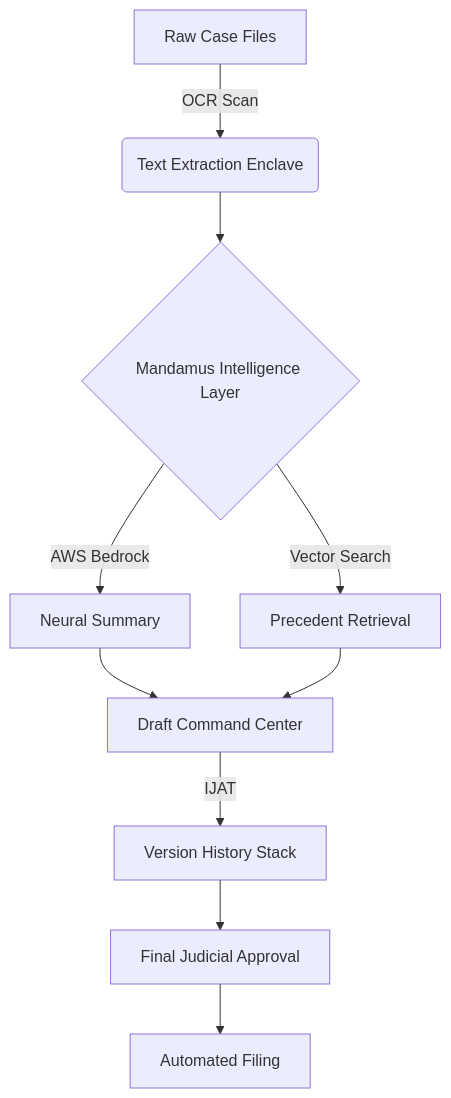
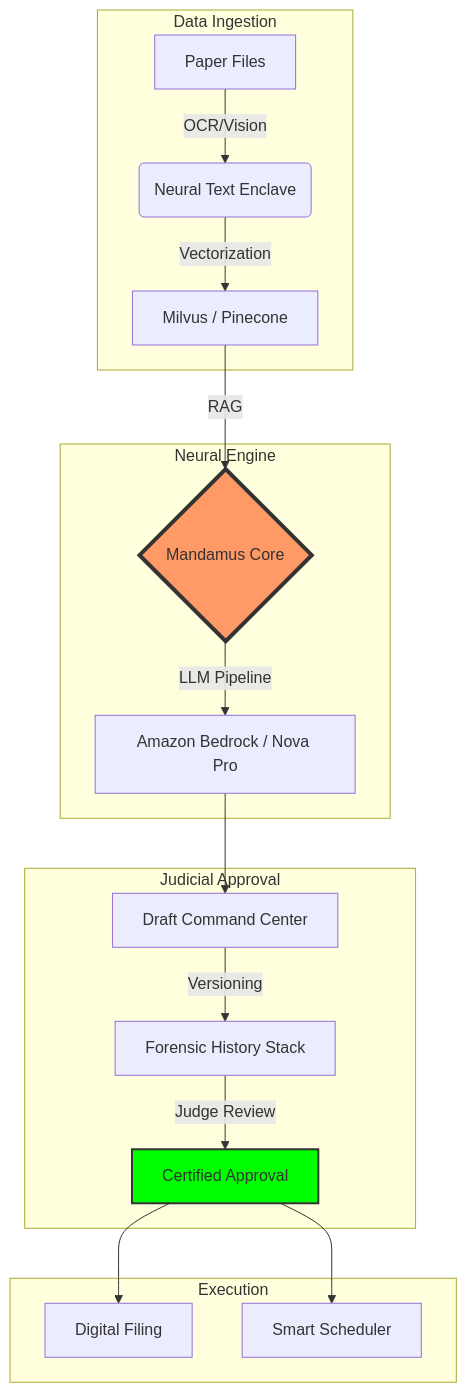
Before and after one commit to KISHORE0709-LEO/Mandamus: the diagram in README.md, drawn with Mermaid. The commit also changed other lines of this file, not shown here.

````diff
--- a/README.md
+++ b/README.md
@@ -57,11 +63,26 @@
 ```mermaid
 graph TD
-    A[Raw Case Files] -->|OCR Scan| B(Text Extraction Enclave)
-    B --> C{Mandamus Intelligence Layer}
-    C -->|AWS Bedrock| D[Neural Summary]
-    C -->|Vector Search| E[Precedent Retrieval]
-    D & E --> F[Draft Command Center]
-    F -->|IJAT| G[Version History Stack]
-    G --> H[Final Judicial Approval]
-    H --> I[Automated Filing]
+    subgraph "Data Ingestion"
+        A[Paper Files] -->|OCR/Vision| B(Neural Text Enclave)
+        B -->|Vectorization| C[Milvus / Pinecone]
+    end
+
+    subgraph "Neural Engine"
+        C -->|RAG| D{Mandamus Core}
+        D -->|LLM Pipeline| E[Amazon Bedrock / Nova Pro]
+    end
+
+    subgraph "Judicial Approval"
+        E --> F[Draft Command Center]
+        F -->|Versioning| G[Forensic History Stack]
+        G -->|Judge Review| H[Certified Approval]
+    end
+
+    subgraph "Execution"
+        H --> I[Digital Filing]
+        H --> J[Smart Scheduler]
+    end
+
+    style D fill:#f96,stroke:#333,stroke-width:4px
+    style H fill:#00ff00,stroke:#333,stroke-width:2px
 ```
````
